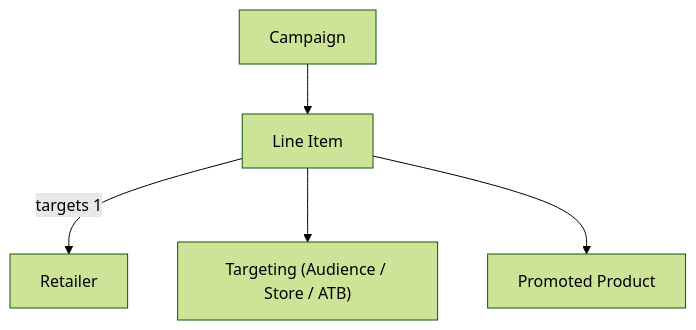
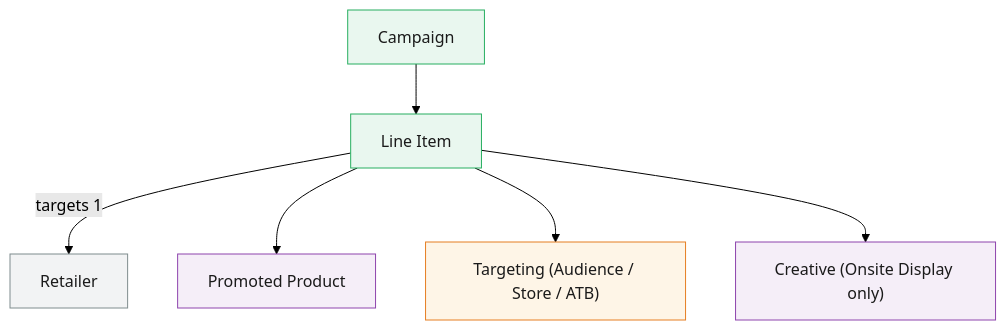
Before and after one commit to criteo/public-api-doc: the diagram in retail-media/docs/line-items.mdx, drawn with Mermaid (forest theme). The commit also changed 4 other files, not shown here.

First line of the commit message:
polish Mermaid diagrams across all concept pages

````diff
--- a/retail-media/docs/line-items.mdx
+++ b/retail-media/docs/line-items.mdx
@@ -8,7 +8,18 @@
 ```mermaid
 graph TD
-    Campaign --> LineItem["Line Item"]
-    LineItem -->|"targets 1"| Retailer
-    LineItem --> Targeting["Targeting (Audience / Store / ATB)"]
-    LineItem --> PromotedProduct["Promoted Product"]
+    Campaign --> LI["Line Item"]
+    LI -->|"targets 1"| Retailer
+    LI --> PP["Promoted Product"]
+    LI --> Targeting["Targeting (Audience / Store / ATB)"]
+    LI --> Creative["Creative (Onsite Display only)"]
+
+    classDef campaign fill:#E9F7EF,stroke:#27AE60,color:#1a1a1a
+    classDef content fill:#F5EEF8,stroke:#8E44AD,color:#1a1a1a
+    classDef targeting fill:#FEF5E7,stroke:#E67E22,color:#1a1a1a
+    classDef external fill:#F2F3F4,stroke:#7F8C8D,color:#1a1a1a
+
+    class Campaign,LI campaign
+    class PP,Creative content
+    class Targeting targeting
+    class Retailer external
 ```
````
